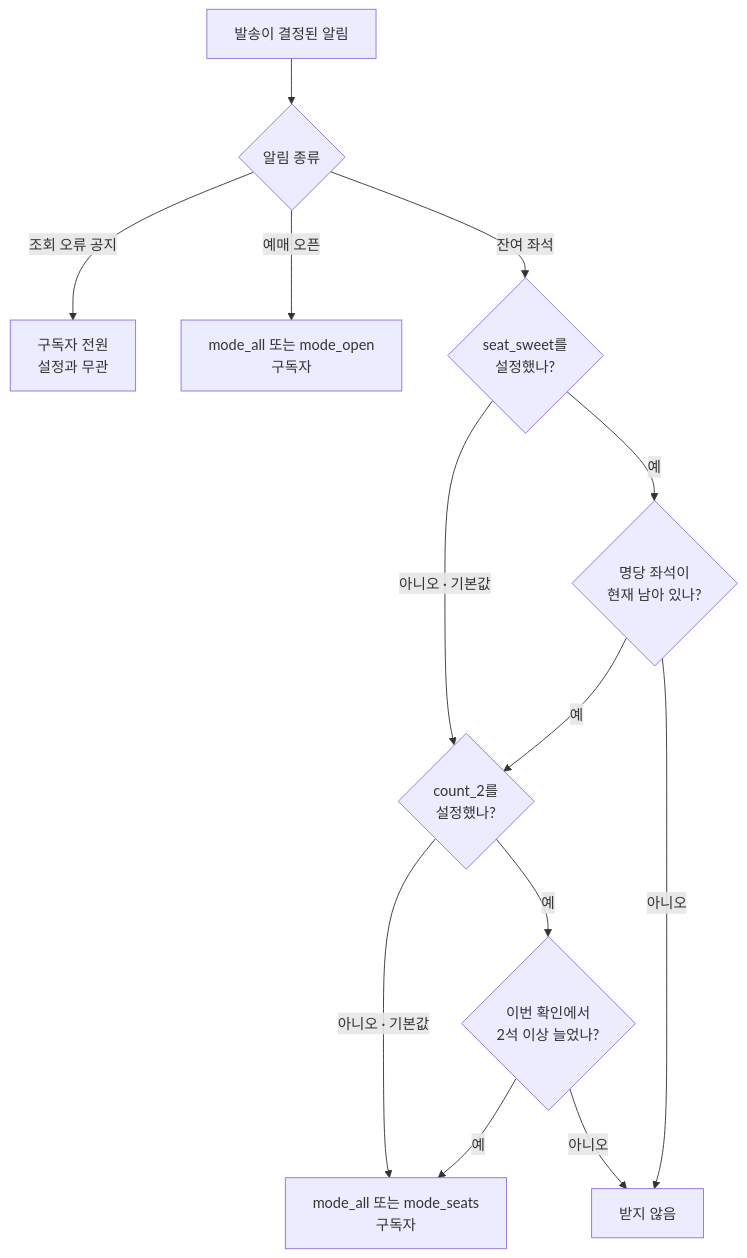
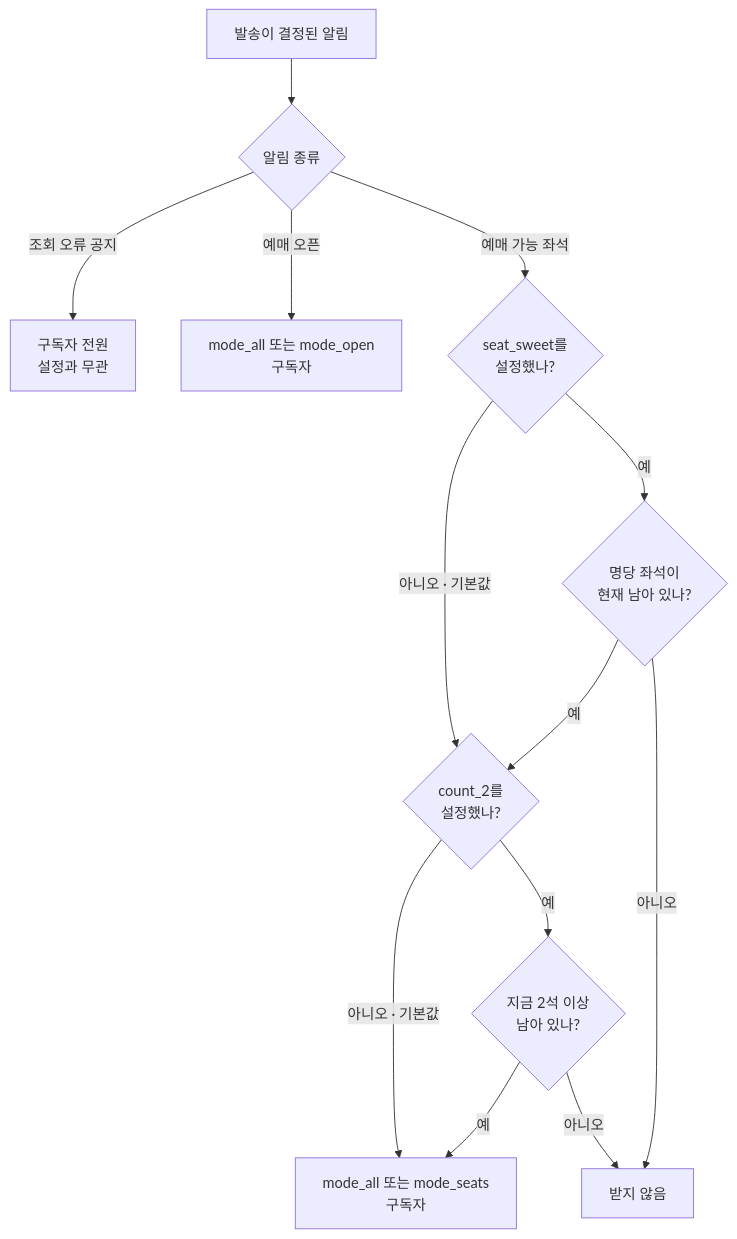
One commit to yuemyname/yongam-bot changed the fourth of 5 diagrams in docs/alert-flow.md. Above: the diagram before and after it, drawn with Mermaid. The commit also changed other lines of this file and 5 other files, not shown here.

````diff
--- a/docs/alert-flow.md
+++ b/docs/alert-flow.md
@@ -101,15 +107,15 @@
 ```mermaid
 flowchart TD
     A[발송이 결정된 알림] --> B{알림 종류}
     B -->|조회 오류 공지| Z["구독자 전원<br/>설정과 무관"]
     B -->|예매 오픈| C["mode_all 또는 mode_open<br/>구독자"]
-    B -->|잔여 좌석| D{"seat_sweet를<br/>설정했나?"}
+    B -->|예매 가능 좌석| D{"seat_sweet를<br/>설정했나?"}
     D -->|아니오 · 기본값| I{"count_2를<br/>설정했나?"}
     D -->|예| H{"명당 좌석이<br/>현재 남아 있나?"}
     H -->|예| I
     H -->|아니오| F[받지 않음]
     I -->|아니오 · 기본값| G["mode_all 또는 mode_seats<br/>구독자"]
-    I -->|예| J{"이번 확인에서<br/>2석 이상 늘었나?"}
+    I -->|예| J{"지금 2석 이상<br/>남아 있나?"}
     J -->|예| G
     J -->|아니오| F
 ```
````
